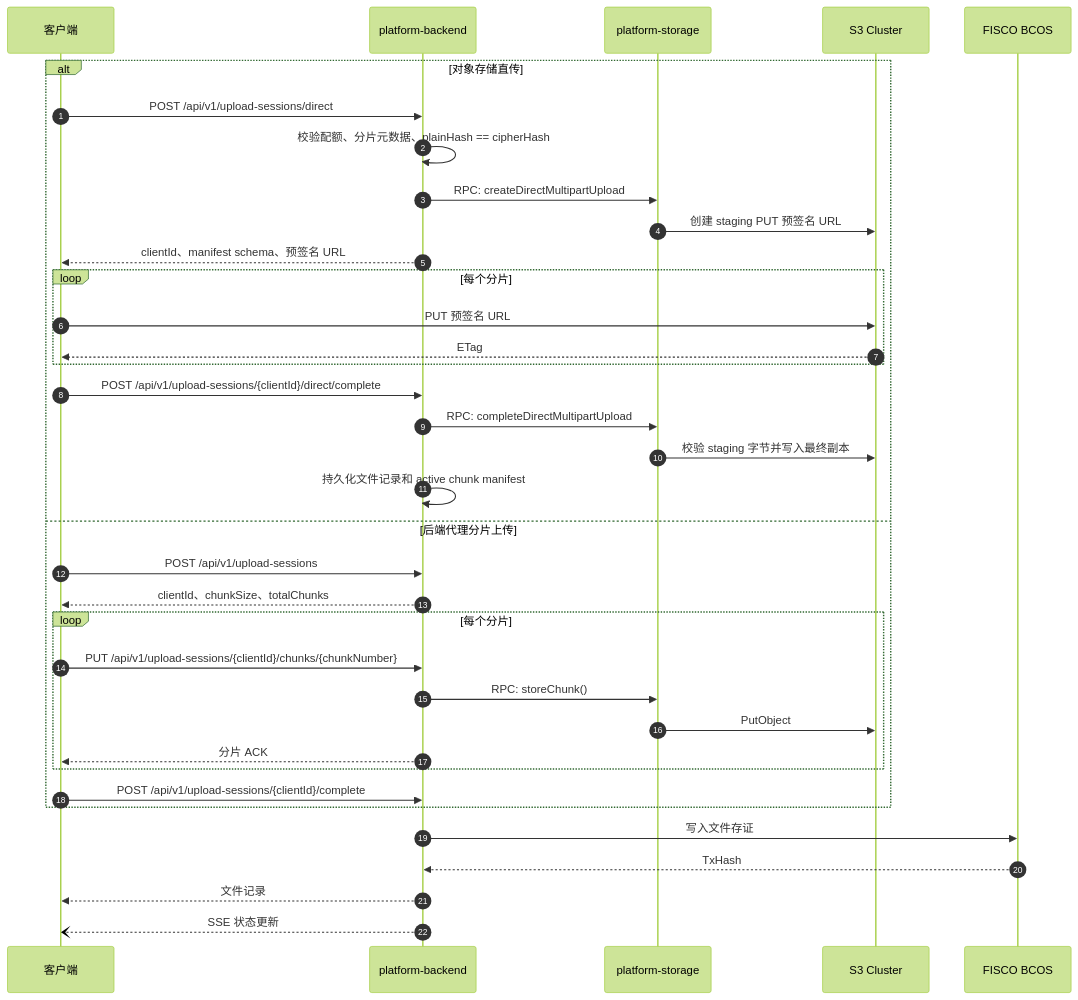
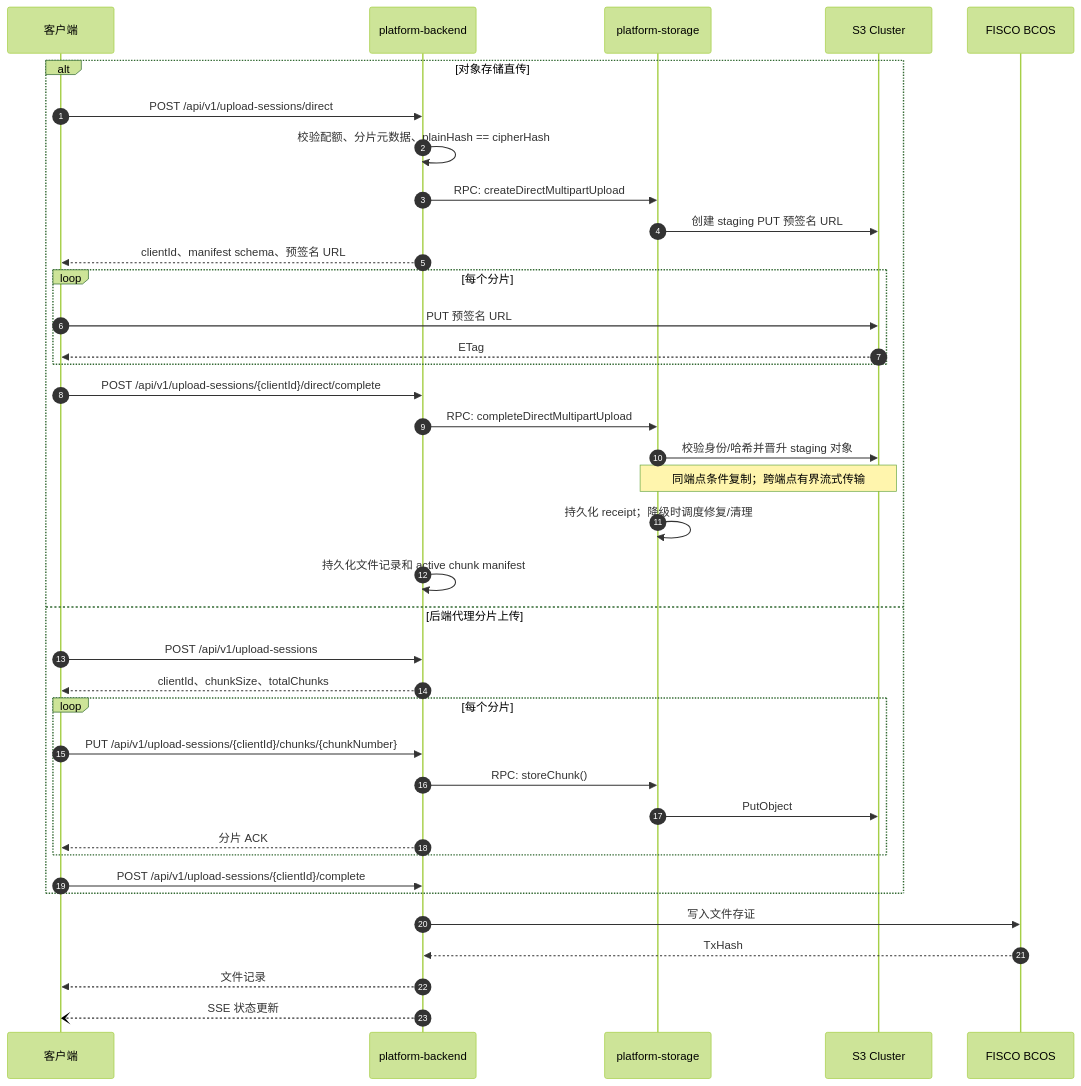
The second of 9 diagrams in docs/zh/architecture/system-overview.md (SoarCollab/RecordPlatform), drawn with Mermaid (forest theme) before and after one commit. The commit also changed other lines of this file and 35 other files, not shown here.

````diff
--- a/docs/zh/architecture/system-overview.md
+++ b/docs/zh/architecture/system-overview.md
@@ -108,41 +108,43 @@
 ```mermaid
 sequenceDiagram
     autonumber
 
     participant Client as 客户端
     participant Backend as platform-backend
     participant Storage as platform-storage
     participant S3 as S3 Cluster
     participant Chain as FISCO BCOS
 
     alt 对象存储直传
         Client->>Backend: POST /api/v1/upload-sessions/direct
         Backend->>Backend: 校验配额、分片元数据、plainHash == cipherHash
         Backend->>Storage: RPC: createDirectMultipartUpload
         Storage->>S3: 创建 staging PUT 预签名 URL
         Backend-->>Client: clientId、manifest schema、预签名 URL
         loop 每个分片
             Client->>S3: PUT 预签名 URL
             S3-->>Client: ETag
         end
         Client->>Backend: POST /api/v1/upload-sessions/{clientId}/direct/complete
         Backend->>Storage: RPC: completeDirectMultipartUpload
-        Storage->>S3: 校验 staging 字节并写入最终副本
+        Storage->>S3: 校验身份/哈希并晋升 staging 对象
+        Note over Storage,S3: 同端点条件复制；跨端点有界流式传输
+        Storage->>Storage: 持久化 receipt；降级时调度修复/清理
         Backend->>Backend: 持久化文件记录和 active chunk manifest
     else 后端代理分片上传
         Client->>Backend: POST /api/v1/upload-sessions
         Backend-->>Client: clientId、chunkSize、totalChunks
         loop 每个分片
             Client->>Backend: PUT /api/v1/upload-sessions/{clientId}/chunks/{chunkNumber}
             Backend->>Storage: RPC: storeChunk()
             Storage->>S3: PutObject
             Backend-->>Client: 分片 ACK
         end
         Client->>Backend: POST /api/v1/upload-sessions/{clientId}/complete
     end
 
     Backend->>Chain: 写入文件存证
     Chain-->>Backend: TxHash
     Backend-->>Client: 文件记录
     Backend--)Client: SSE 状态更新
 ```
````
